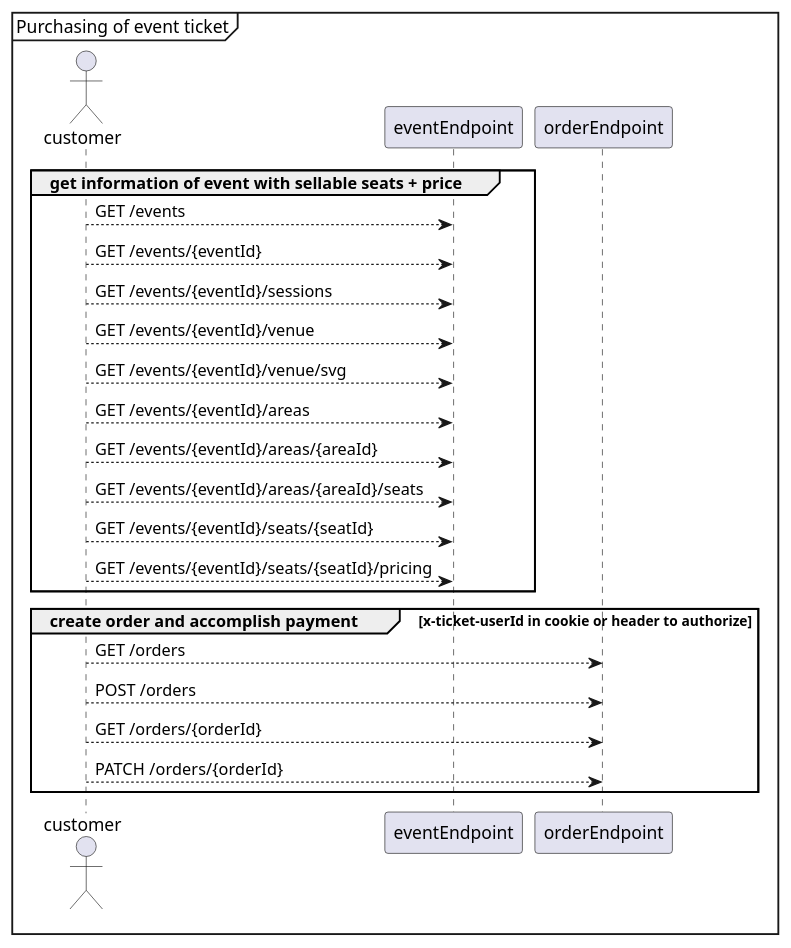
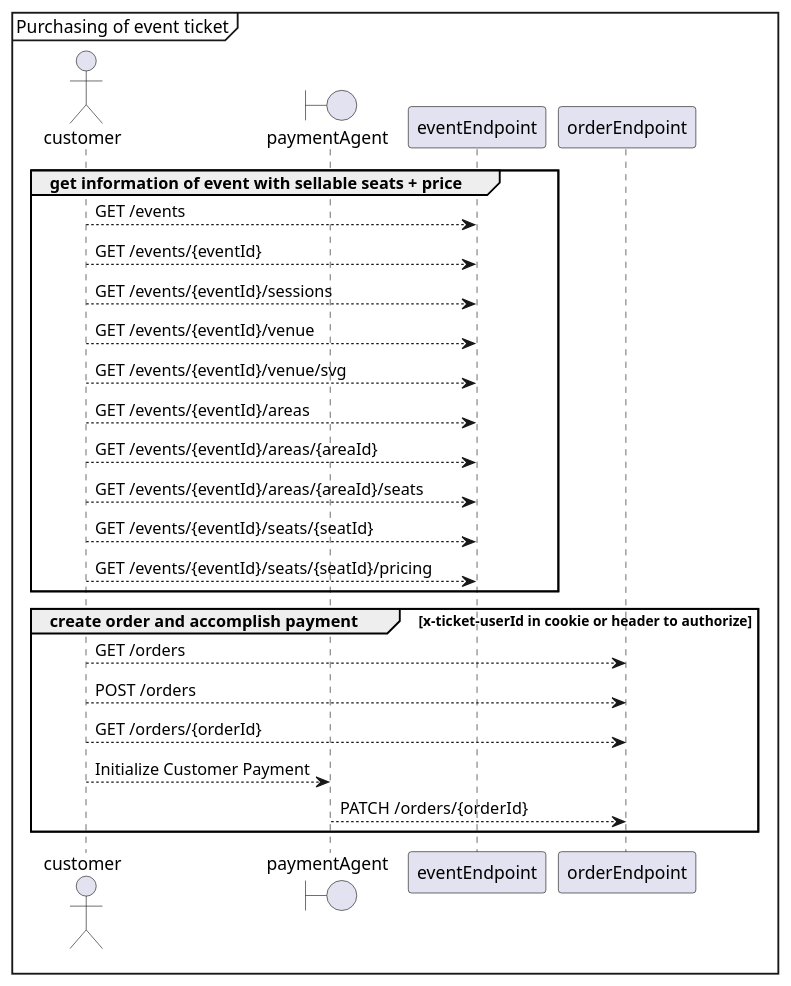
Before and after one commit to grantsunny/JTicket: the diagram in uml/order.plantuml, drawn with PlantUML. The commit also changed 2 other files, not shown here.

```diff
--- a/uml/order.plantuml
+++ b/uml/order.plantuml
@@ -1,29 +1,31 @@
 @startuml
 mainframe Purchasing of event ticket
 
 actor customer
+boundary paymentAgent
 participant eventEndpoint
 participant orderEndpoint
 
 group get information of event with sellable seats + price
 customer --> eventEndpoint: GET /events
 customer --> eventEndpoint: GET /events/{eventId}
 customer --> eventEndpoint: GET /events/{eventId}/sessions
 customer --> eventEndpoint: GET /events/{eventId}/venue
 customer --> eventEndpoint: GET /events/{eventId}/venue/svg
 
 customer --> eventEndpoint: GET /events/{eventId}/areas
 customer --> eventEndpoint: GET /events/{eventId}/areas/{areaId}
 customer --> eventEndpoint: GET /events/{eventId}/areas/{areaId}/seats
 customer --> eventEndpoint: GET /events/{eventId}/seats/{seatId}
 customer --> eventEndpoint: GET /events/{eventId}/seats/{seatId}/pricing
 end
 
 group create order and accomplish payment [x-ticket-userId in cookie or header to authorize]
 customer --> orderEndpoint: GET /orders
 customer --> orderEndpoint: POST /orders
 customer --> orderEndpoint: GET /orders/{orderId}
-customer --> orderEndpoint: PATCH /orders/{orderId}
+customer --> paymentAgent: Initialize Customer Payment
+paymentAgent --> orderEndpoint: PATCH /orders/{orderId}
 end
 
 @enduml
```
